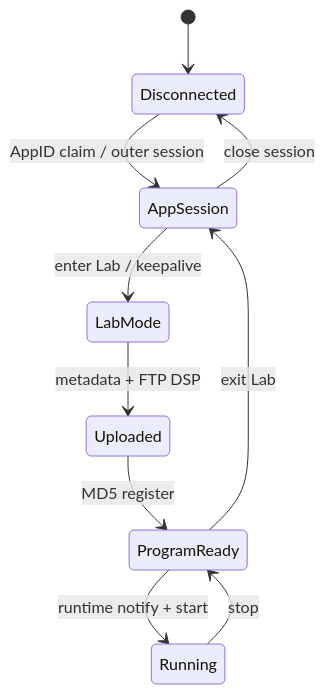
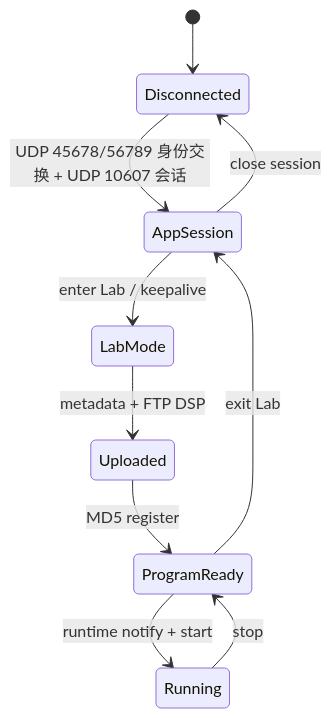
The fourth of 7 diagrams in docs/architecture.md (elonzh/hanppie), drawn with Mermaid before and after one commit. The commit also changed other lines of this file and 16 other files, not shown here.

````diff
--- a/docs/architecture.md
+++ b/docs/architecture.md
@@ -338,12 +358,12 @@
 ```mermaid
 stateDiagram-v2
     [*] --> Disconnected
-    Disconnected --> AppSession: AppID claim / outer session
+    Disconnected --> AppSession: UDP 45678/56789 身份交换 + UDP 10607 会话
     AppSession --> LabMode: enter Lab / keepalive
     LabMode --> Uploaded: metadata + FTP DSP
     Uploaded --> ProgramReady: MD5 register
     ProgramReady --> Running: runtime notify + start
     Running --> ProgramReady: stop
     ProgramReady --> AppSession: exit Lab
     AppSession --> Disconnected: close session
 ```
````
